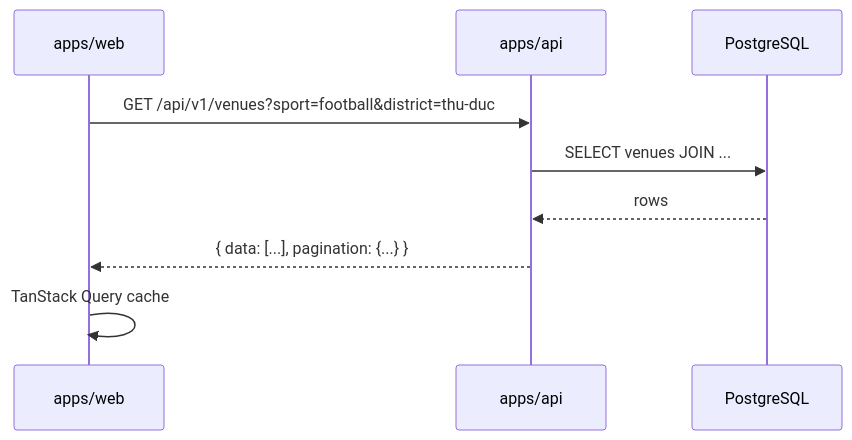
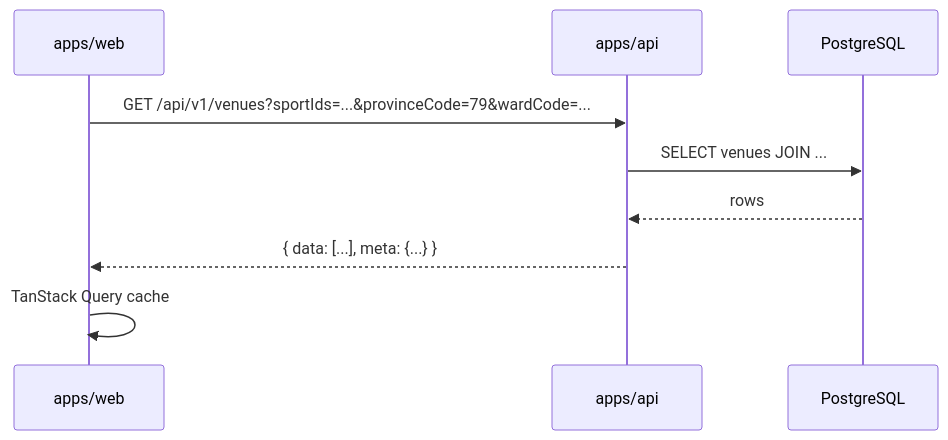
Before and after one commit to TuyenTran205/bookSportsCourt: the second of 3 diagrams in docs/03-architecture.md, drawn with Mermaid. The commit also changed other lines of this file and 26 other files, not shown here.

````diff
--- a/docs/03-architecture.md
+++ b/docs/03-architecture.md
@@ -76,12 +84,12 @@
 ```mermaid
 sequenceDiagram
     participant FE as apps/web
     participant API as apps/api
     participant DB as PostgreSQL
 
-    FE->>API: GET /api/v1/venues?sport=football&district=thu-duc
+    FE->>API: GET /api/v1/venues?sportIds=...&provinceCode=79&wardCode=...
     API->>DB: SELECT venues JOIN ...
     DB-->>API: rows
-    API-->>FE: { data: [...], pagination: {...} }
+    API-->>FE: { data: [...], meta: {...} }
     FE->>FE: TanStack Query cache
 ```
````
